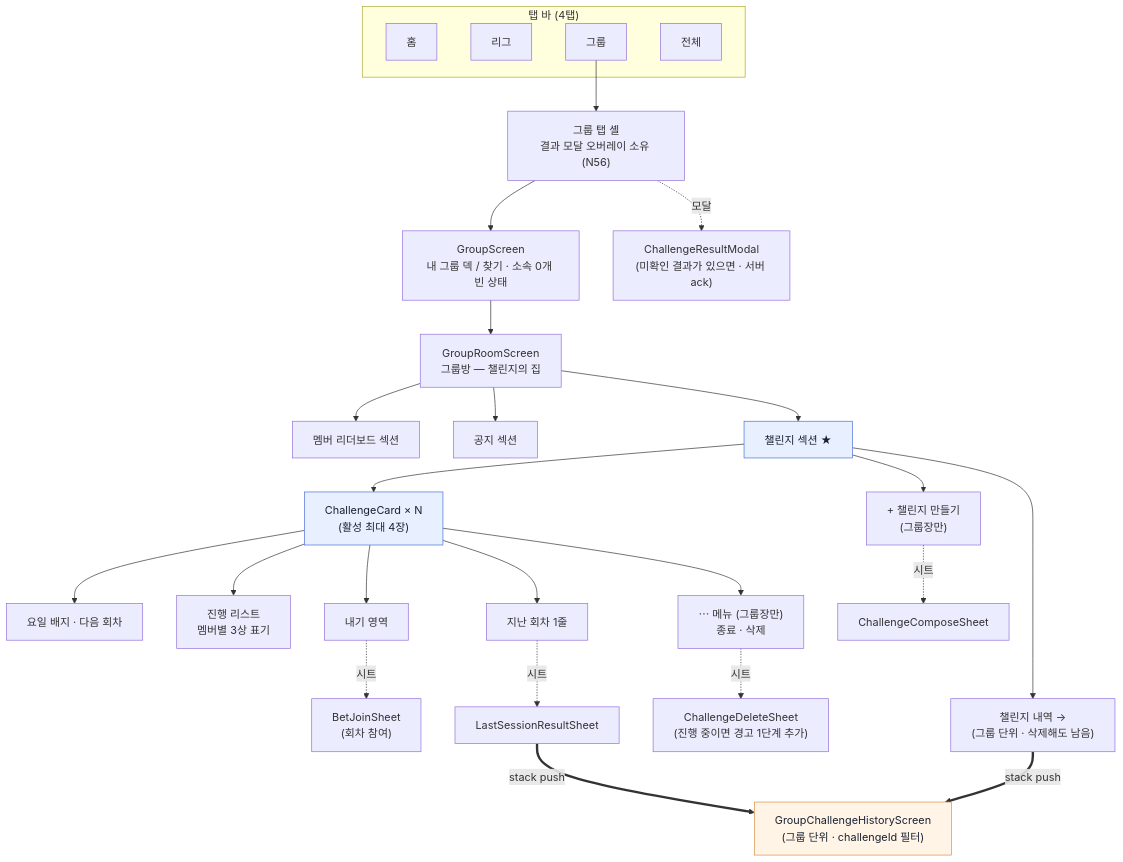
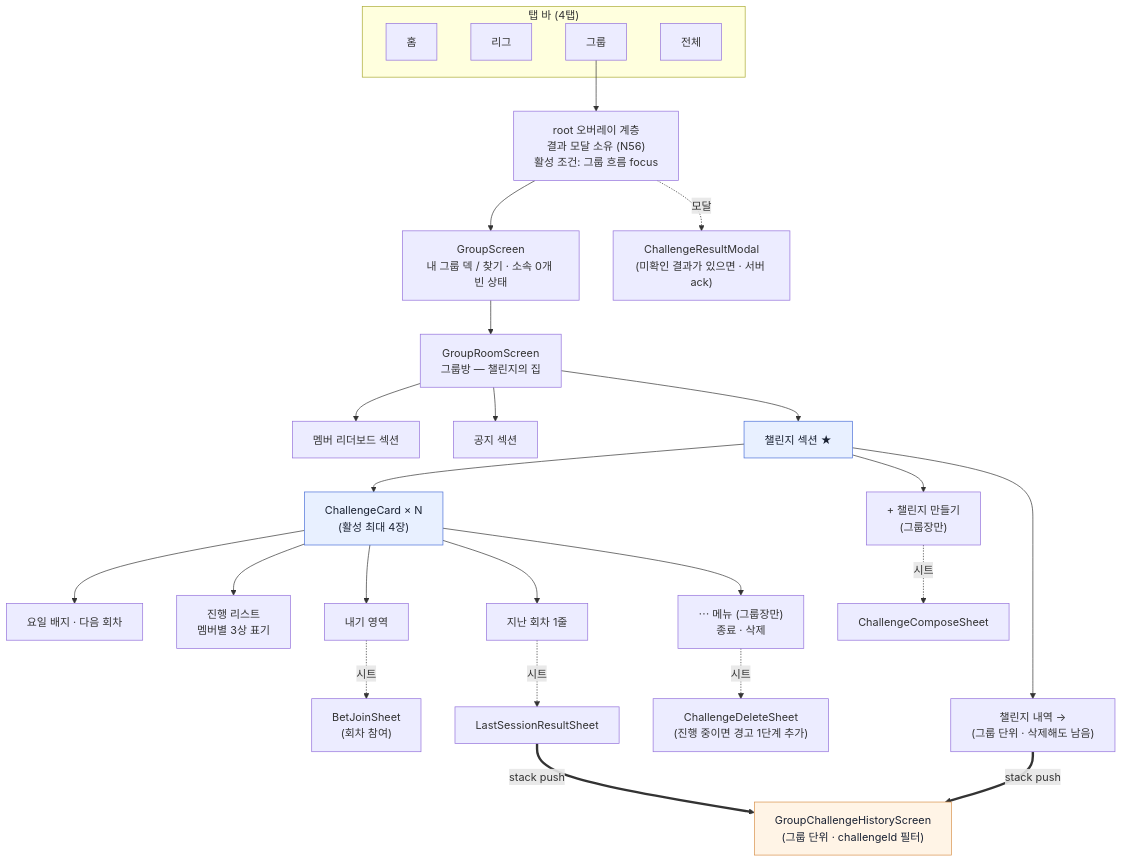
The first of 11 diagrams in docs/prd/challenge/information-architecture.md (OneOrThree/phone), drawn with Mermaid before and after one commit. The commit also changed other lines of this file and 4 other files, not shown here.

````diff
--- a/docs/prd/challenge/information-architecture.md
+++ b/docs/prd/challenge/information-architecture.md
@@ -13,39 +13,39 @@
 ```mermaid
 flowchart TB
     subgraph tabs["탭 바 (4탭)"]
         H["홈"]
         L["리그"]
         G["그룹"]
         A["전체"]
     end
 
-    G --> SHELL["그룹 탭 셸<br/>결과 모달 오버레이 소유 (N56)"]
+    G --> SHELL["root 오버레이 계층<br/>결과 모달 소유 (N56)<br/>활성 조건: 그룹 흐름 focus"]
     SHELL --> GL["GroupScreen<br/>내 그룹 덱 / 찾기 · 소속 0개 빈 상태"]
     GL --> GR["GroupRoomScreen<br/>그룹방 — 챌린지의 집"]
 
     GR --> S1["멤버 리더보드 섹션"]
     GR --> S2["공지 섹션"]
     GR --> S3["챌린지 섹션 ★"]
 
     S3 --> C1["ChallengeCard × N<br/>(활성 최대 4장)"]
     S3 --> B1["+ 챌린지 만들기<br/>(그룹장만)"]
     S3 --> B2["챌린지 내역 →<br/>(그룹 단위 · 삭제해도 남음)"]
 
     C1 --> M1["요일 배지 · 다음 회차"]
     C1 --> M2["진행 리스트<br/>멤버별 3상 표기"]
     C1 --> M3["내기 영역"]
     C1 --> M4["지난 회차 1줄"]
     C1 --> M5["⋯ 메뉴 (그룹장만)<br/>종료 · 삭제"]
 
     B1 -.시트.-> SH1["ChallengeComposeSheet"]
     M3 -.시트.-> SH2["BetJoinSheet<br/>(회차 참여)"]
     M4 -.시트.-> SH3["LastSessionResultSheet"]
     M5 -.시트.-> SH5["ChallengeDeleteSheet<br/>(진행 중이면 경고 1단계 추가)"]
     SHELL -.모달.-> SH4["ChallengeResultModal<br/>(미확인 결과가 있으면 · 서버 ack)"]
     SH3 ==stack push==> SH7
     B2 ==stack push==> SH7["GroupChallengeHistoryScreen<br/>(그룹 단위 · challengeId 필터)"]
 
     style S3 fill:#e8f0ff,stroke:#4a6fd8,color:#1a2233
     style C1 fill:#e8f0ff,stroke:#4a6fd8,color:#1a2233
     style SH7 fill:#fff4e6,stroke:#d8904a,color:#1a2233
 ```
````
